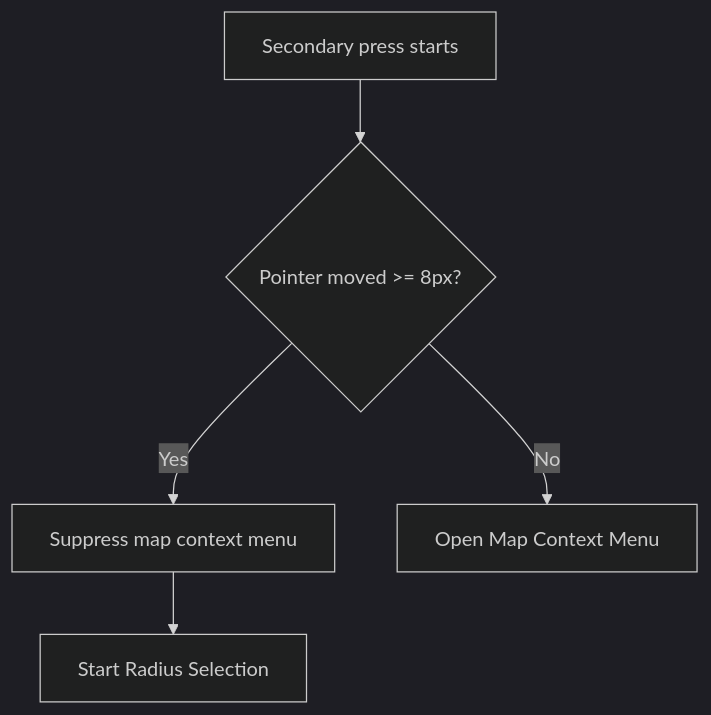
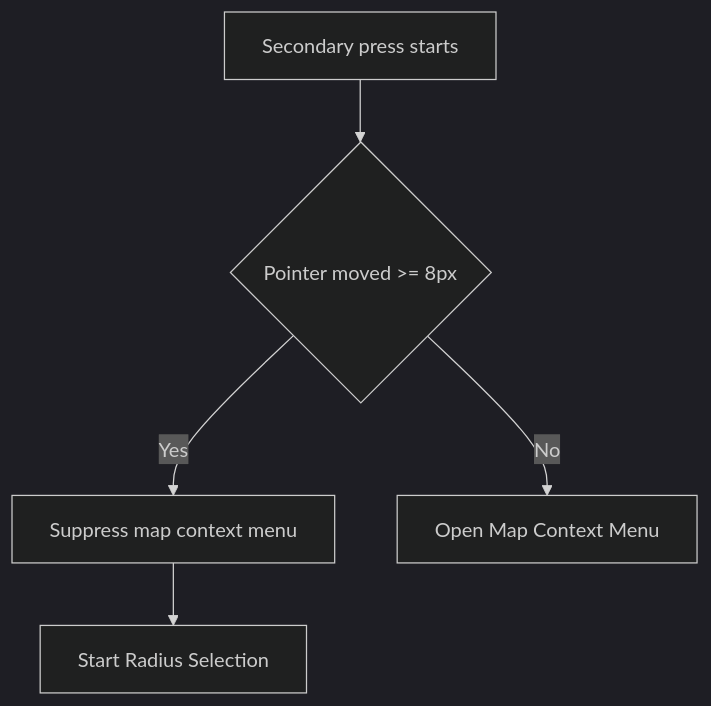
Before and after one commit to matkleve/feldpost: diagram 11 of 14 in docs/use-cases/map-context-menu.md, drawn with Mermaid (dark theme). The commit also changed other lines of this file and 22 other files, not shown here.

````diff
--- a/docs/use-cases/map-context-menu.md
+++ b/docs/use-cases/map-context-menu.md
@@ -256,7 +256,7 @@
 ```mermaid
 flowchart TD
-    A[Secondary press starts] --> B{Pointer moved >= 8px?}
+    A[Secondary press starts] --> B{Pointer moved >= 8px}
     B -->|Yes| C[Suppress map context menu]
     C --> D[Start Radius Selection]
     B -->|No| E[Open Map Context Menu]
 ```
````
